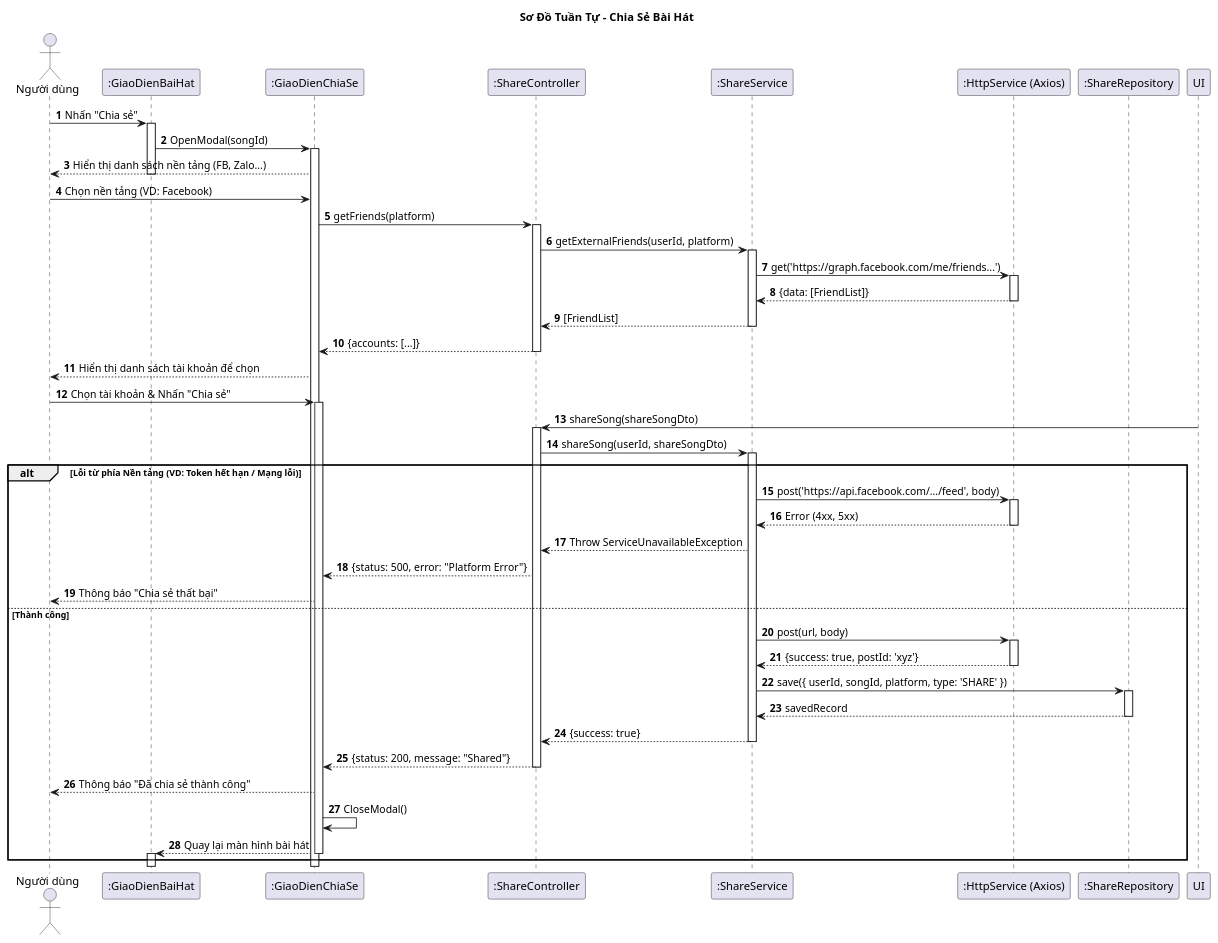
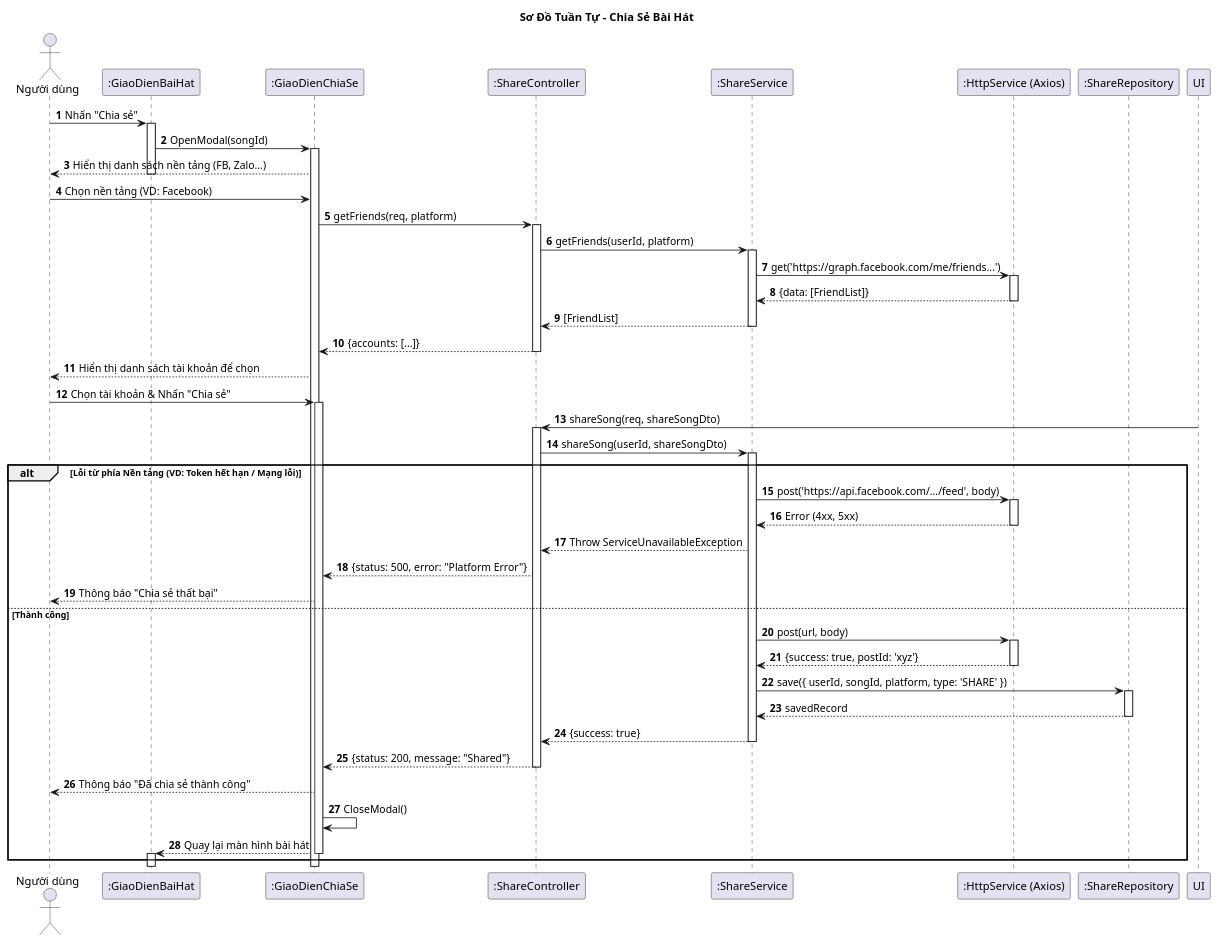
The diagram in Diagrams/SequenceDiagram/ShareSD.plantuml (vinh047/soundwave), drawn with PlantUML before and after one commit. The commit also changed 20 other files, not shown here.

```diff
--- a/Diagrams/SequenceDiagram/ShareSD.plantuml
+++ b/Diagrams/SequenceDiagram/ShareSD.plantuml
@@ -1,88 +1,88 @@
 @startuml Sequence Diagram - Chia Sẻ Bài Hát 
 
 title Sơ Đồ Tuần Tự - Chia Sẻ Bài Hát 
 
 actor "Người dùng" as User
 participant ":GiaoDienBaiHat" as SongUI
 participant ":GiaoDienChiaSe" as ShareUI
 participant ":ShareController" as Controller
 participant ":ShareService" as Service
 participant ":HttpService (Axios)" as ExternalAPI
 participant ":ShareRepository" as DB
 
 autonumber
 
 ' === BƯỚC 1: HIỂN THỊ ===
 User -> SongUI: Nhấn "Chia sẻ"
 activate SongUI
 SongUI -> ShareUI: OpenModal(songId)
 activate ShareUI
 ShareUI --> User: Hiển thị danh sách nền tảng (FB, Zalo...)
 deactivate SongUI
 
 ' === BƯỚC 2 & 3: LẤY DANH SÁCH BẠN BÈ/TK ===
 User -> ShareUI: Chọn nền tảng (VD: Facebook)
-ShareUI -> Controller: getFriends(platform)
+ShareUI -> Controller: getFriends(req, platform)
 activate Controller
-Controller -> Service: getExternalFriends(userId, platform)
+Controller -> Service: getFriends(userId, platform)
 activate Service
 
 ' Gọi API bên thứ 3 để lấy danh sách bạn bè
 Service -> ExternalAPI: get('https://graph.facebook.com/me/friends...')
 activate ExternalAPI
 ExternalAPI --> Service: {data: [FriendList]}
 deactivate ExternalAPI
 
 Service --> Controller: [FriendList]
 deactivate Service
 Controller --> ShareUI: {accounts: [...]}
 deactivate Controller
 ShareUI --> User: Hiển thị danh sách tài khoản để chọn
 
 ' === BƯỚC 4: THỰC HIỆN CHIA SẺ ===
 User -> ShareUI: Chọn tài khoản & Nhấn "Chia sẻ"
 activate ShareUI
 
 ' Dùng DTO
-UI -> Controller: shareSong(shareSongDto)
+UI -> Controller: shareSong(req, shareSongDto)
 activate Controller
 Controller -> Service: shareSong(userId, shareSongDto)
 activate Service
 
 ' === BƯỚC 5: GỌI API BÊN THỨ 3 ===
 alt Lỗi từ phía Nền tảng (VD: Token hết hạn / Mạng lỗi)
     Service -> ExternalAPI: post('https://api.facebook.com/.../feed', body)
     activate ExternalAPI
     ExternalAPI --> Service: Error (4xx, 5xx)
     deactivate ExternalAPI
     
     Service --> Controller: Throw ServiceUnavailableException
     Controller --> ShareUI: {status: 500, error: "Platform Error"}
     ShareUI --> User: Thông báo "Chia sẻ thất bại"
 
 else Thành công
     Service -> ExternalAPI: post(url, body)
     activate ExternalAPI
     ExternalAPI --> Service: {success: true, postId: 'xyz'}
     deactivate ExternalAPI
 
     ' === BƯỚC 6: GHI DB (Chỉ ghi khi API thành công) ===
     Service -> DB: save({ userId, songId, platform, type: 'SHARE' })
     activate DB
     DB --> Service: savedRecord
     deactivate DB
     
     Service --> Controller: {success: true}
     deactivate Service
     Controller --> ShareUI: {status: 200, message: "Shared"}
     deactivate Controller
     
     ' === BƯỚC 7 & 8: THÔNG BÁO & ĐÓNG ===
     ShareUI --> User: Thông báo "Đã chia sẻ thành công"
     ShareUI -> ShareUI: CloseModal()
     ShareUI --> SongUI: Quay lại màn hình bài hát
     deactivate ShareUI
     activate SongUI
     deactivate SongUI
 end
 @enduml
```
